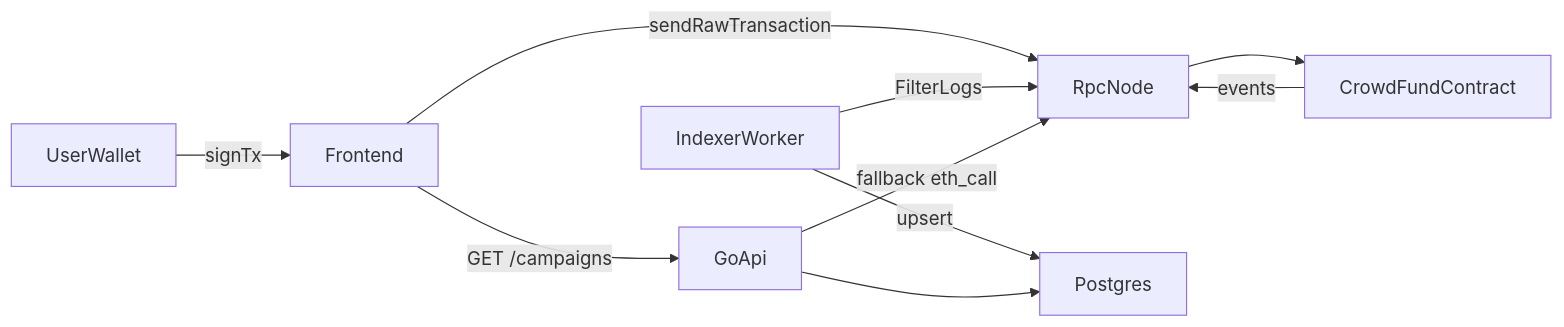
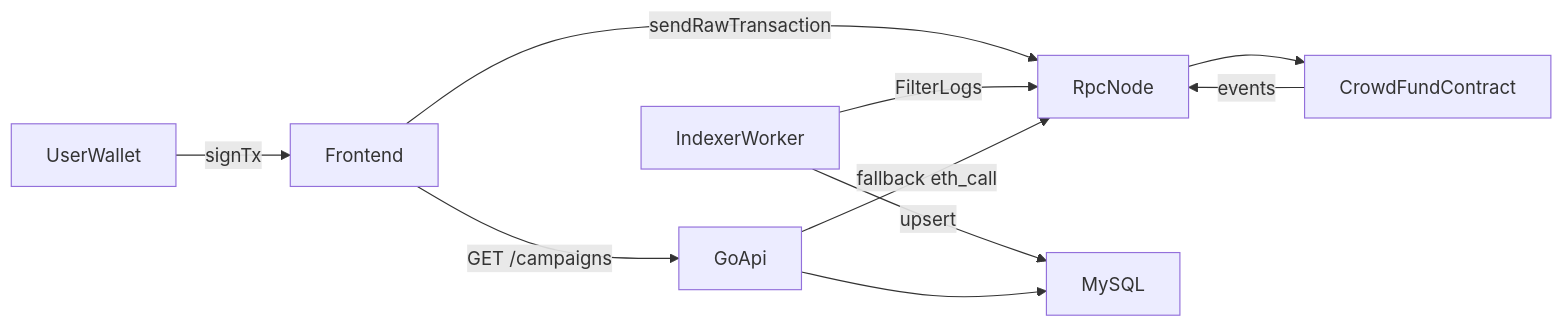
One commit to jianghongqing/crowdfunding changed the diagram in README.md. Above: the diagram before and after it, drawn with Mermaid. The commit also changed other lines of this file and 15 other files, not shown here.

First line of the commit message:
feat: migrate backend storage from Postgres to MySQL

````diff
--- a/README.md
+++ b/README.md
@@ -16,20 +16,20 @@
 ```mermaid
 flowchart LR
     Frontend[Frontend]
     Wallet[UserWallet]
     GoApi[GoApi]
     Indexer[IndexerWorker]
     RpcNode[RpcNode]
     Contract[CrowdFundContract]
-    Postgres[Postgres]
+    MySQL[MySQL]
 
     Wallet -->|signTx| Frontend
     Frontend -->|sendRawTransaction| RpcNode
     RpcNode --> Contract
     Contract -->|events| RpcNode
     Indexer -->|FilterLogs| RpcNode
-    Indexer -->|upsert| Postgres
-    GoApi --> Postgres
+    Indexer -->|upsert| MySQL
+    GoApi --> MySQL
     GoApi -->|fallback eth_call| RpcNode
     Frontend -->|GET /campaigns| GoApi
 ```
````
